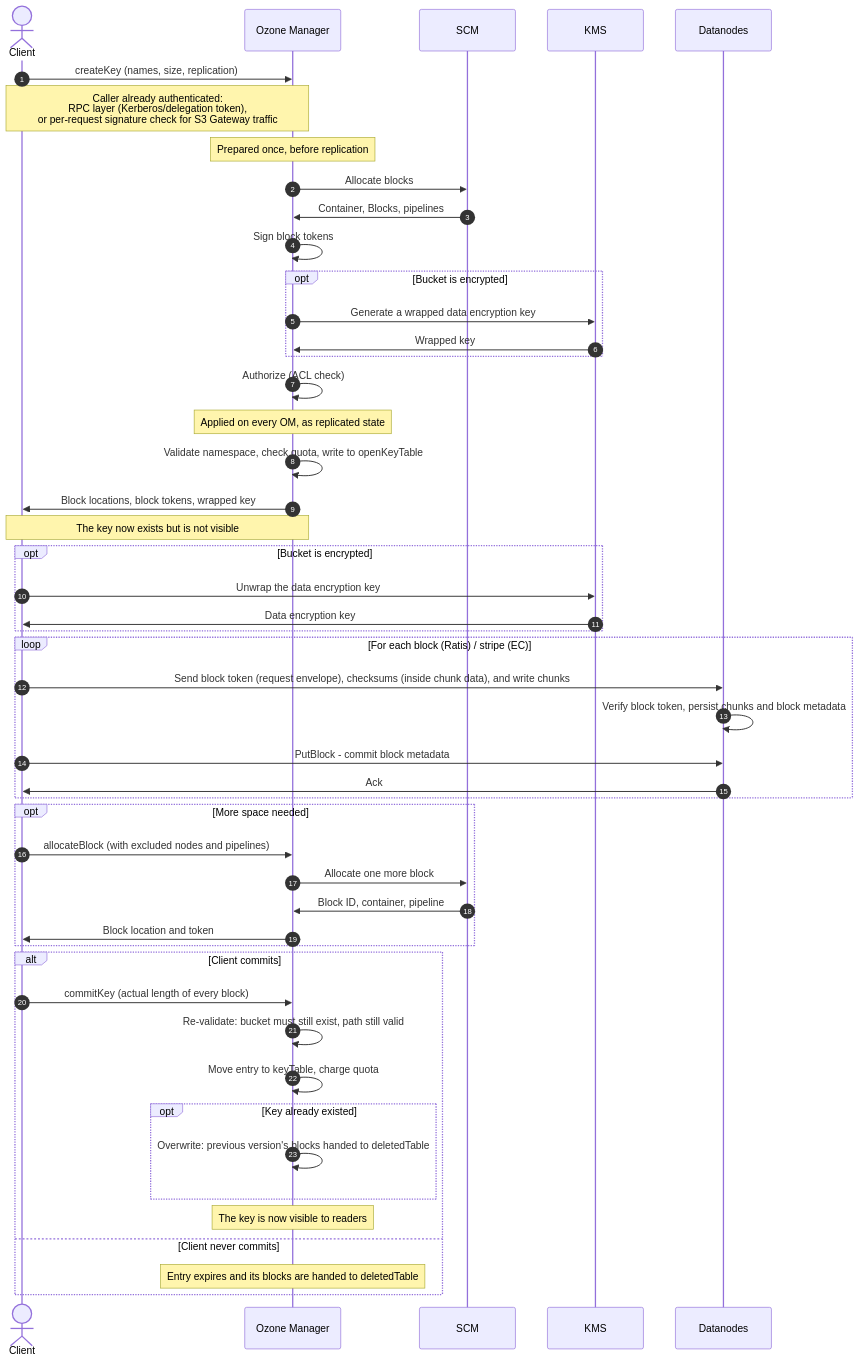
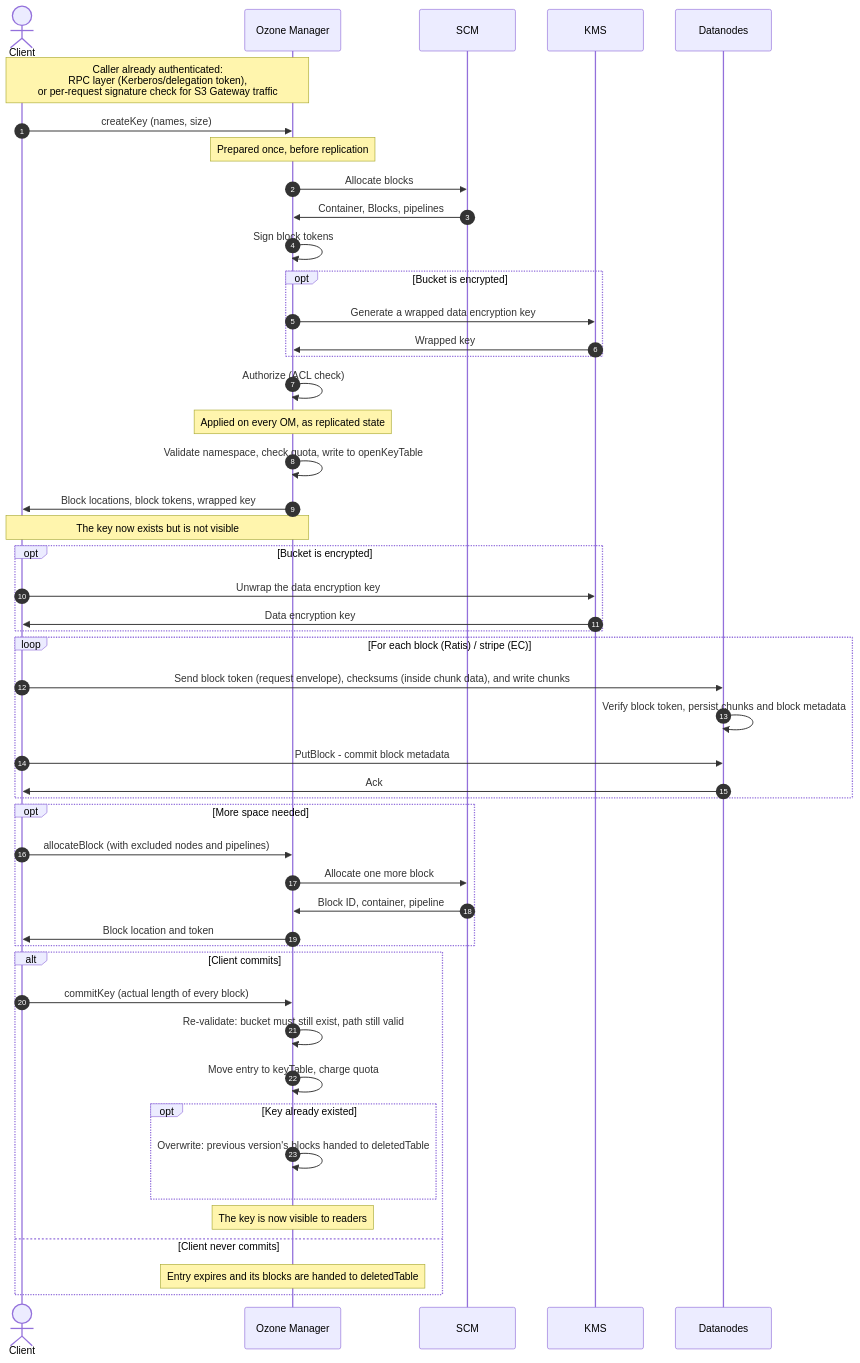
Before and after one commit to apache/ozone-site: the first of 2 diagrams in docs/07-system-internals/02-data-operations/01-write.md, drawn with Mermaid. The commit also changed other lines of this file, not shown here.

````diff
--- a/docs/07-system-internals/02-data-operations/01-write.md
+++ b/docs/07-system-internals/02-data-operations/01-write.md
@@ -16,59 +43,59 @@
 ```mermaid
 sequenceDiagram
     autonumber
     actor Client
     participant OM as Ozone Manager
     participant SCM
     participant KMS
     participant DN as Datanodes
 
-    Client->>OM: createKey (names, size, replication)
     Note over Client,OM: Caller already authenticated: <br/>RPC layer (Kerberos/delegation token),<br/> or per-request signature check for S3 Gateway traffic
+    Client->>OM: createKey (names, size)
 
     Note over OM: Prepared once, before replication
     OM->>SCM: Allocate blocks
     SCM->>OM: Container, Blocks, pipelines
     OM->>OM: Sign block tokens
     opt Bucket is encrypted
         OM->>KMS: Generate a wrapped data encryption key
         KMS->>OM: Wrapped key
     end
     OM->>OM: Authorize (ACL check)
 
     Note over OM: Applied on every OM, as replicated state
     OM->>OM: Validate namespace, check quota, write to openKeyTable
 
     OM->>Client: Block locations, block tokens, wrapped key
     Note over Client,OM: The key now exists but is not visible
 
     opt Bucket is encrypted
         Client->>KMS: Unwrap the data encryption key
         KMS->>Client: Data encryption key
     end
 
     loop For each block (Ratis) / stripe (EC)
         Client->>DN: Send block token (request envelope), checksums (inside chunk data), and write chunks
         DN->>DN: Verify block token, persist chunks and block metadata
         Client->>DN: PutBlock - commit block metadata
         DN->>Client: Ack
     end
 
     opt More space needed
         Client->>OM: allocateBlock (with excluded nodes and pipelines)
         OM->>SCM: Allocate one more block
         SCM->>OM: Block ID, container, pipeline
         OM->>Client: Block location and token
     end
 
     alt Client commits
         Client->>OM: commitKey (actual length of every block)
         OM->>OM: Re-validate: bucket must still exist, path still valid
         OM->>OM: Move entry to keyTable, charge quota
         opt Key already existed
             OM->>OM: Overwrite: previous version's blocks handed to deletedTable
         end
         Note over OM: The key is now visible to readers
     else Client never commits
         Note over OM: Entry expires and its blocks are handed to deletedTable
     end
 ```
````
